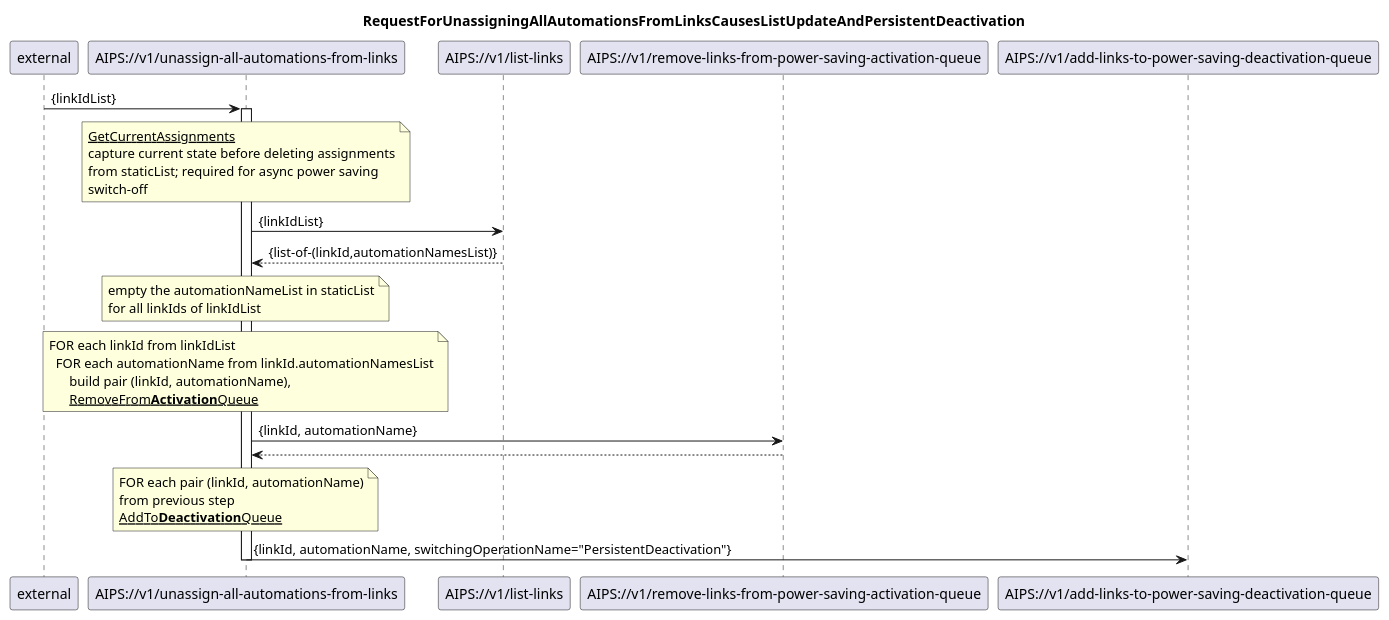
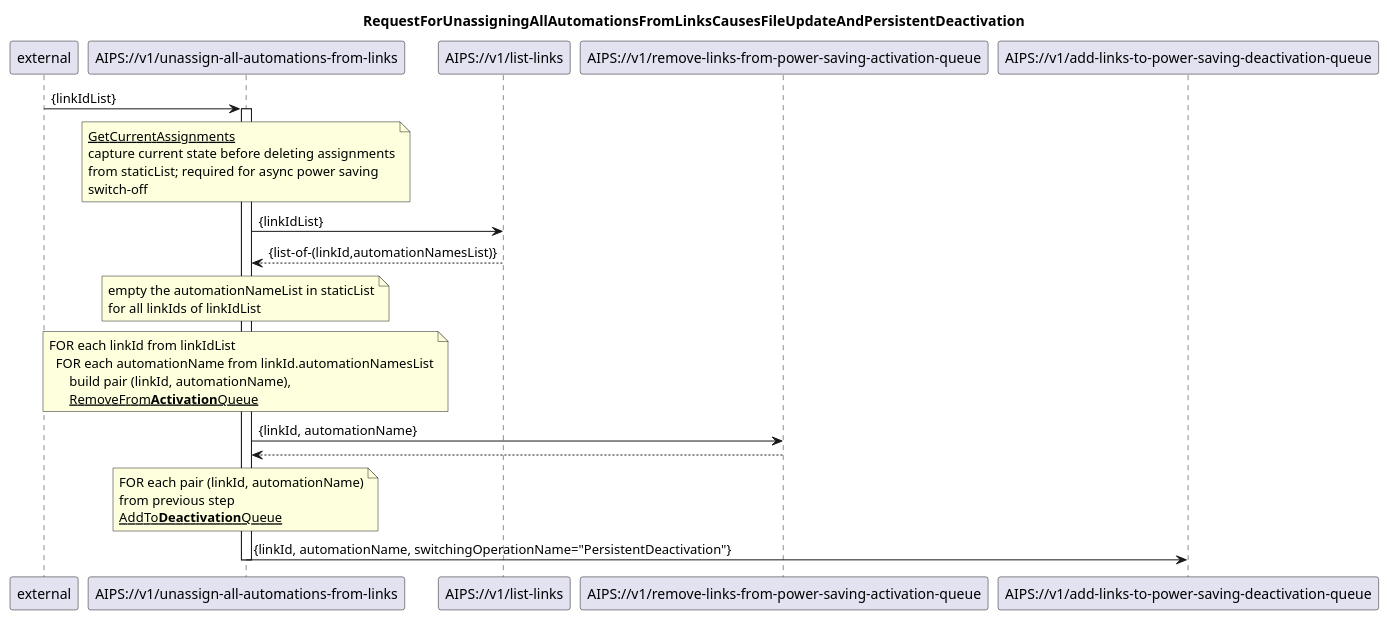
One commit to kmohr-soprasteria/AIPS_wip changed the diagram in diagrams/01 Automation management/104_unassignAllAutomationsFromLinks.plantuml. Above: the diagram before and after it, drawn with PlantUML. The commit also changed 15 other files, not shown here.

Commit message:
diagramme-v005 added

```diff
--- a/diagrams/01 Automation management/104_unassignAllAutomationsFromLinks.plantuml
+++ b/diagrams/01 Automation management/104_unassignAllAutomationsFromLinks.plantuml
@@ -1,54 +1,54 @@
 @startuml 104_unassignAllAutomationsFromLinks
 skinparam responseMessageBelowArrow true
 
 title
-RequestForUnassigningAllAutomationsFromLinksCausesListUpdateAndPersistentDeactivation
+RequestForUnassigningAllAutomationsFromLinksCausesFileUpdateAndPersistentDeactivation
 end title
 
 participant "external" as requestor
 participant "AIPS://v1/unassign-all-automations-from-links" as unassignAutomation
 participant "AIPS://v1/list-links" as listLinks
 participant "AIPS://v1/remove-links-from-power-saving-activation-queue" as stopSimpleActivation
 participant "AIPS://v1/add-links-to-power-saving-deactivation-queue" as startPersistentDeactivation
 
 requestor -> unassignAutomation: {linkIdList}
 activate unassignAutomation
 
 'get current assignments from staticList
 note over unassignAutomation
   <u>GetCurrentAssignments</u>
   capture current state before deleting assignments
   from staticList; required for async power saving
   switch-off
 end note
 unassignAutomation -> listLinks: {linkIdList}
 listLinks --> unassignAutomation: {list-of-(linkId,automationNamesList)}
 
 'update staticList by deleting automationNames
 note over unassignAutomation
   empty the automationNameList in staticList
   for all linkIds of linkIdList
 end note
 
 'stop ongoing/planned power saving
 note over unassignAutomation
   FOR each linkId from linkIdList
     FOR each automationName from linkId.automationNamesList
         build pair (linkId, automationName),
         <u>RemoveFrom<b>Activation</b>Queue</u>
 end note
 unassignAutomation -> stopSimpleActivation: {linkId, automationName}
 stopSimpleActivation --> unassignAutomation
 
 'initiate persistentDeactivation to turn power saving off
 note over unassignAutomation
   FOR each pair (linkId, automationName)
   from previous step
   <u>AddTo<b>Deactivation</b>Queue</u>
 end note
 unassignAutomation -> startPersistentDeactivation: {linkId, automationName, switchingOperationName="PersistentDeactivation"}
 
 
 deactivate unassignAutomation
 
 @enduml
```
